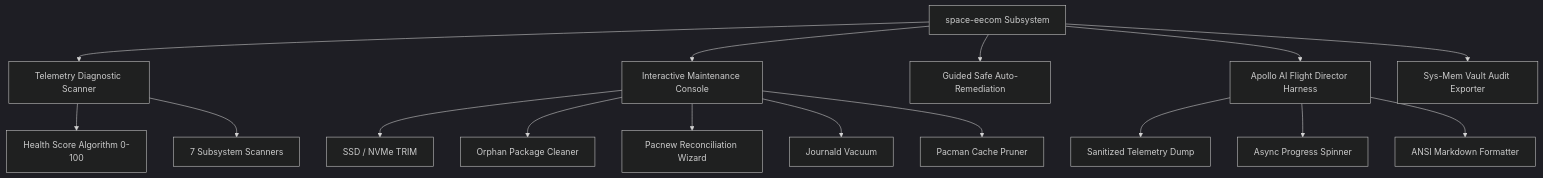
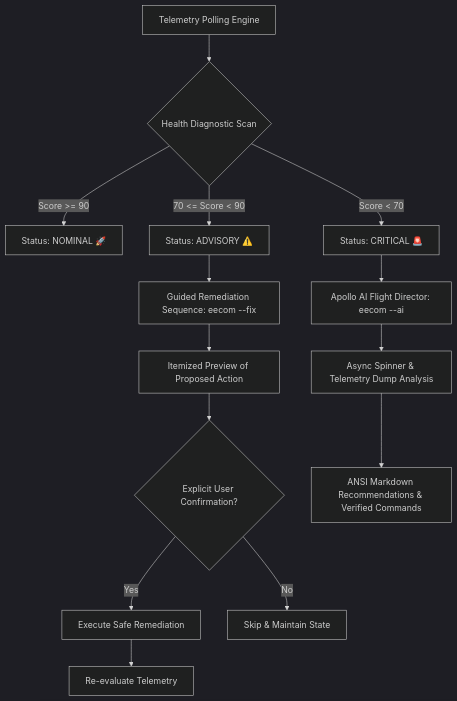
The diagram in wiki/03-eecom-and-system-maintenance.md (diogogc/Space-Race-Theme), drawn with Mermaid (dark theme) before and after one commit. The commit also changed other lines of this file and 22 other files, not shown here.

Commit message:
docs(wiki): capture clean workspace prints of all plugins and subtabs with mermaid flux diagrams

````diff
--- a/wiki/03-eecom-and-system-maintenance.md
+++ b/wiki/03-eecom-and-system-maintenance.md
@@ -9,21 +9,19 @@
 ```mermaid
 graph TD
-    A[space-eecom Subsystem] --> B[Telemetry Diagnostic Scanner]
-    A --> C[Interactive Maintenance Console]
-    A --> D[Guided Safe Auto-Remediation]
-    A --> E[Apollo AI Flight Director Harness]
-    A --> F[Sys-Mem Vault Audit Exporter]
+    A[Telemetry Polling Engine] --> B{Health Diagnostic Scan}
+    B -->|Score >= 90| C[Status: NOMINAL 🚀]
+    B -->|70 <= Score < 90| D[Status: ADVISORY ⚠️]
+    B -->|Score < 70| E[Status: CRITICAL 🚨]
 
-    B --> B1[Health Score Algorithm 0-100]
-    B --> B2[7 Subsystem Scanners]
-
-    C --> C1[SSD / NVMe TRIM]
-    C --> C2[Orphan Package Cleaner]
-    C --> C3[Pacnew Reconciliation Wizard]
-    C --> C4[Journald Vacuum]
-    C --> C5[Pacman Cache Pruner]
-
-    E --> E1[Sanitized Telemetry Dump]
-    E --> E2[Async Progress Spinner]
-    E --> E3[ANSI Markdown Formatter]
+    D --> F[Guided Remediation Sequence: eecom --fix]
+    E --> G[Apollo AI Flight Director: eecom --ai]
+    
+    F --> H[Itemized Preview of Proposed Action]
+    H --> I{Explicit User Confirmation?}
+    I -->|Yes| J[Execute Safe Remediation]
+    I -->|No| K[Skip & Maintain State]
+    
+    J --> L[Re-evaluate Telemetry]
+    G --> M[Async Spinner & Telemetry Dump Analysis]
+    M --> N[ANSI Markdown Recommendations & Verified Commands]
 ```
````
